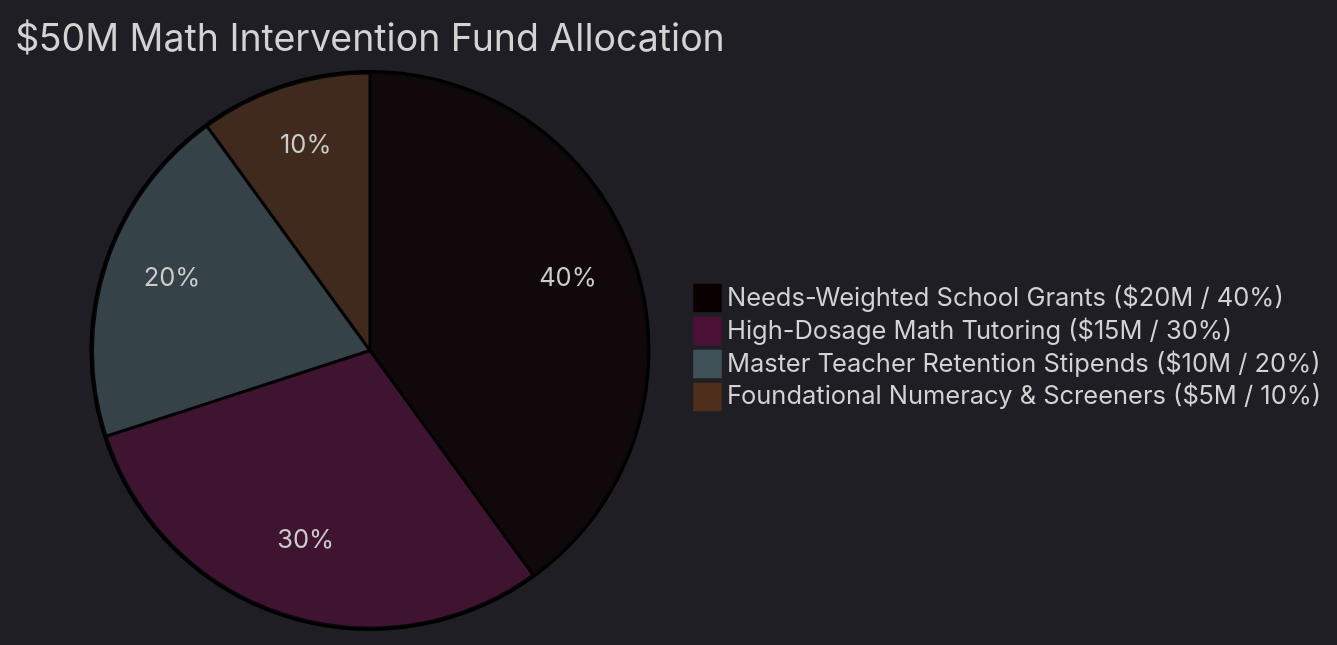
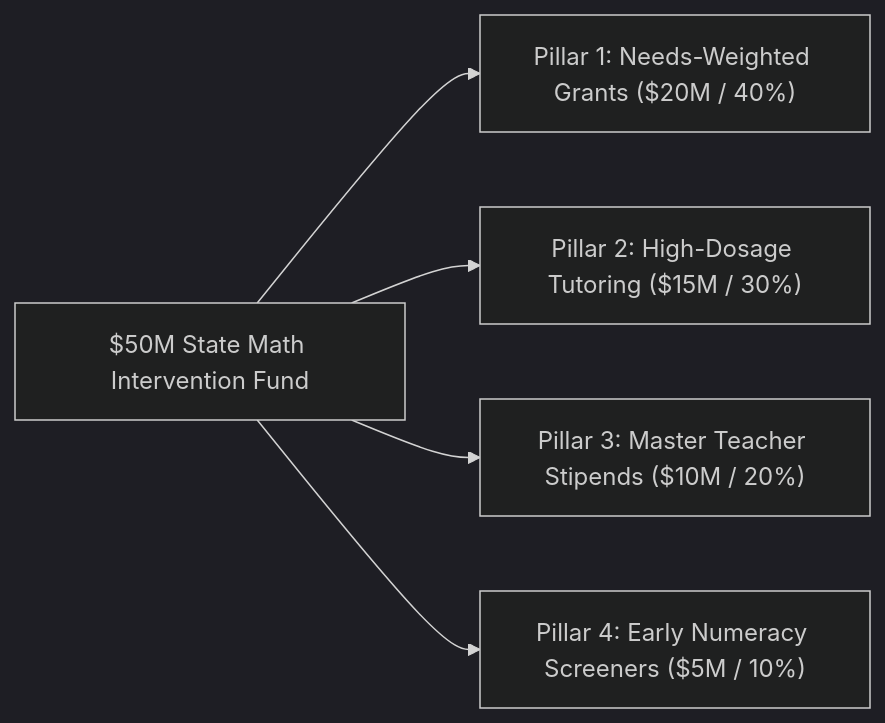
Before and after one commit to iPablo26/Third-Semester-Baraka-2026---Data-Science: the second of 2 diagrams in README.md, drawn with Mermaid (dark theme). The commit also changed other lines of this file and 4 other files, not shown here.

````diff
--- a/README.md
+++ b/README.md
@@ -122,7 +187,7 @@
 ```mermaid
-pie title $50M Math Intervention Fund Allocation
-    "Needs-Weighted School Grants ($20M / 40%)" : 20
-    "High-Dosage Math Tutoring ($15M / 30%)" : 15
-    "Master Teacher Retention Stipends ($10M / 20%)" : 10
-    "Foundational Numeracy & Screeners ($5M / 10%)" : 5
+flowchart LR
+    Fund["$50M State Math Intervention Fund"] --> P1["Pillar 1: Needs-Weighted Grants ($20M / 40%)"]
+    Fund --> P2["Pillar 2: High-Dosage Tutoring ($15M / 30%)"]
+    Fund --> P3["Pillar 3: Master Teacher Stipends ($10M / 20%)"]
+    Fund --> P4["Pillar 4: Early Numeracy Screeners ($5M / 10%)"]
 ```
````
